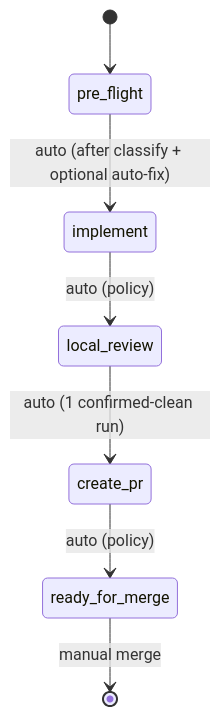
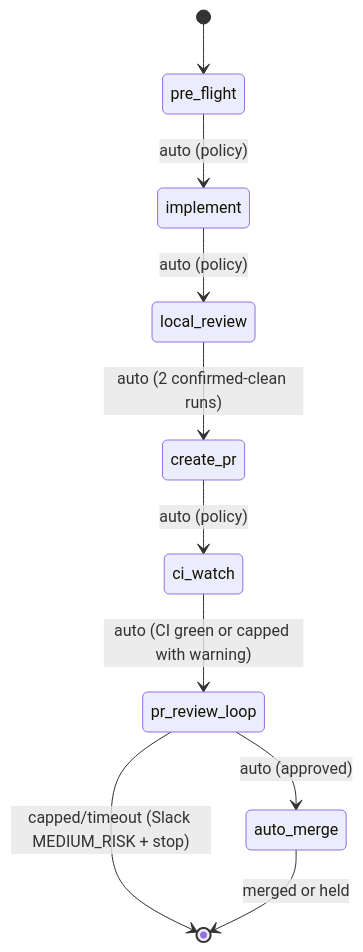
Before and after one commit to OmniNode-ai/omniclaude: the diagram in plugins/onex/skills/ticket-pipeline/SKILL.md, drawn with Mermaid. The commit also changed other lines of this file, not shown here.

First line of the commit message:
feat(ticket-pipeline): add Phase 4 ci_watch to autonomous pipeline [OMN-2527]

````diff
--- a/plugins/onex/skills/ticket-pipeline/SKILL.md
+++ b/plugins/onex/skills/ticket-pipeline/SKILL.md
@@ -49,9 +50,12 @@
 ```mermaid
 stateDiagram-v2
     [*] --> pre_flight
-    pre_flight --> implement : auto (after classify + optional auto-fix)
+    pre_flight --> implement : auto (policy)
     implement --> local_review : auto (policy)
-    local_review --> create_pr : auto (1 confirmed-clean run)
-    create_pr --> ready_for_merge : auto (policy)
-    ready_for_merge --> [*] : manual merge
+    local_review --> create_pr : auto (2 confirmed-clean runs)
+    create_pr --> ci_watch : auto (policy)
+    ci_watch --> pr_review_loop : auto (CI green or capped with warning)
+    pr_review_loop --> auto_merge : auto (approved)
+    pr_review_loop --> [*] : capped/timeout (Slack MEDIUM_RISK + stop)
+    auto_merge --> [*] : merged or held
 ```
````
